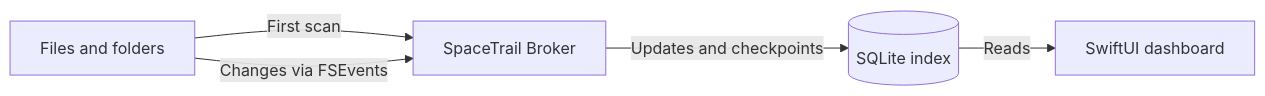
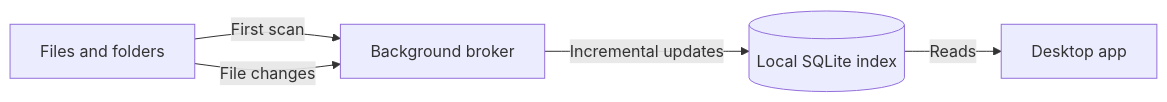
The diagram in README.md (saropuglisi/SpaceTrail), drawn with Mermaid before and after one commit. The commit also changed other lines of this file and 6 other files, not shown here.

Commit message:
Show SpaceTrail in action with macOS and Windows demos

````diff
--- a/README.md
+++ b/README.md
@@ -60,7 +90,7 @@
 ```mermaid
 flowchart LR
-    Disk["Files and folders"] -->|"First scan"| Broker["SpaceTrail Broker"]
-    Disk -->|"Changes via FSEvents"| Broker
-    Broker -->|"Updates and checkpoints"| Index[("SQLite index")]
-    Index -->|"Reads"| App["SwiftUI dashboard"]
+    Disk["Files and folders"] -->|"First scan"| Broker["Background broker"]
+    Disk -->|"File changes"| Broker
+    Broker -->|"Incremental updates"| Index[("Local SQLite index")]
+    Index -->|"Reads"| App["Desktop app"]
 ```
````
